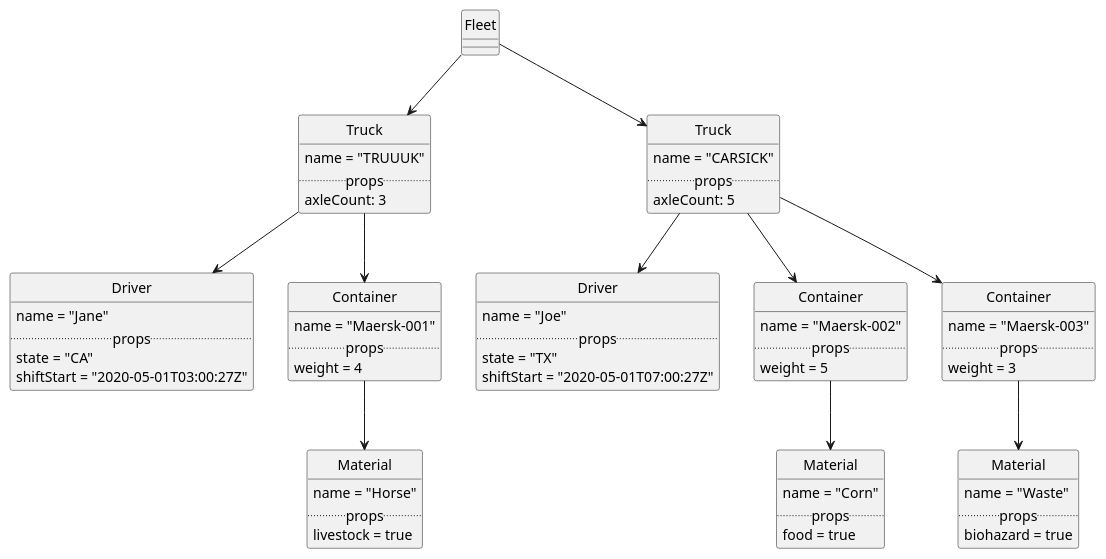
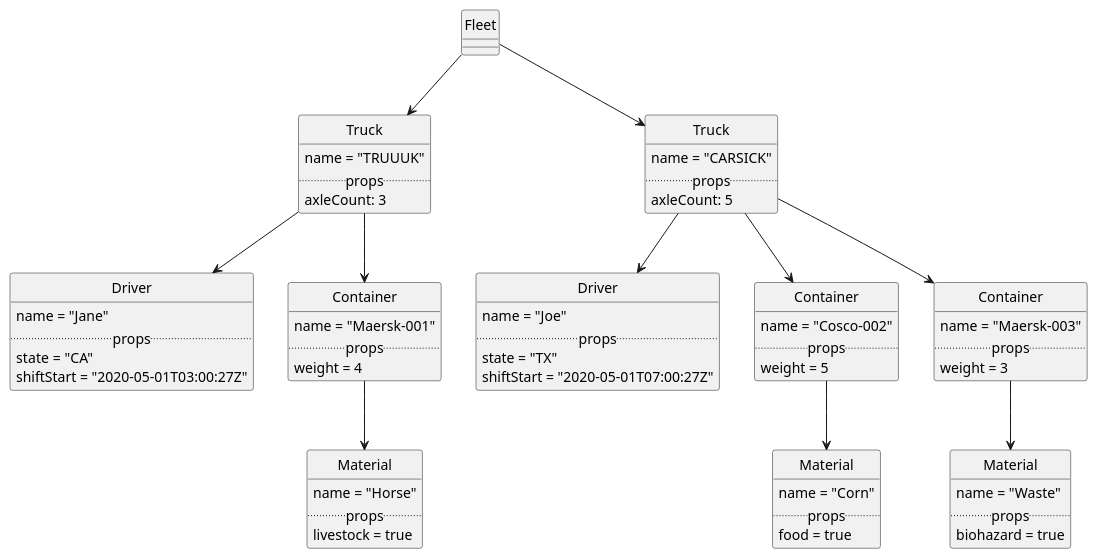
The diagram in docs/diagrams/sample-graph-fleet.plantuml (kubevious/kubik), drawn with PlantUML before and after one commit. The commit also changed 2 other files, not shown here.

```diff
--- a/docs/diagrams/sample-graph-fleet.plantuml
+++ b/docs/diagrams/sample-graph-fleet.plantuml
@@ -1,85 +1,85 @@
 @startuml
 
 class "Fleet" as fleet
 
 class "Truck" as truck1 {
     name = "TRUUUK"
     .. props ..
     axleCount: 3
 }
 
 class "Driver" as driver1 {
     name = "Jane"
     .. props ..
     state = "CA"
     shiftStart = "2020-05-01T03:00:27Z"
 }
 
 class "Container" as cont1_1 {
     name = "Maersk-001"
     .. props ..
     weight = 4
 }
 
 class "Material" as material1_1 {
     name = "Horse"
     .. props ..
     livestock = true
 }
 
 
 class "Truck" as truck2 {
     name = "CARSICK"
     .. props ..
     axleCount: 5
 }
 
 class "Driver" as driver2 {
     name = "Joe"
     .. props ..
     state = "TX"
     shiftStart = "2020-05-01T07:00:27Z"
 }
 
 class "Container" as cont2_1 {
-    name = "Maersk-002"
+    name = "Cosco-002"
     .. props ..
     weight = 5
 }
 
 class "Material" as material2_1 {
     name = "Corn"
     .. props ..
     food = true
 }
 
 
 class "Container" as cont2_2 {
     name = "Maersk-003"
     .. props ..
     weight = 3
 }
 
 
 class "Material" as material2_2 {
     name = "Waste"
     .. props ..
     biohazard = true
 }
 
 
 fleet --> truck1
 truck1 --> driver1
 truck1 --> cont1_1
 cont1_1 --> material1_1
 
 fleet --> truck2
 truck2 --> driver2
 truck2 --> cont2_1
 cont2_1 --> material2_1
 truck2 --> cont2_2
 cont2_2 --> material2_2
 
 hide circle
 
 @enduml
```
